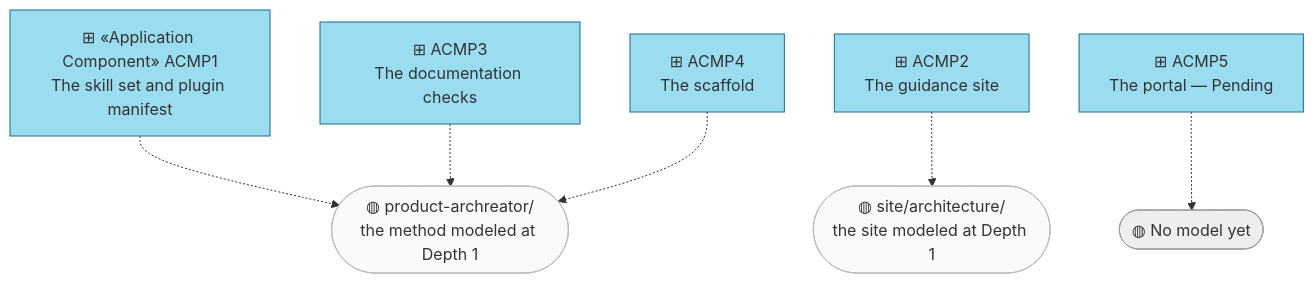
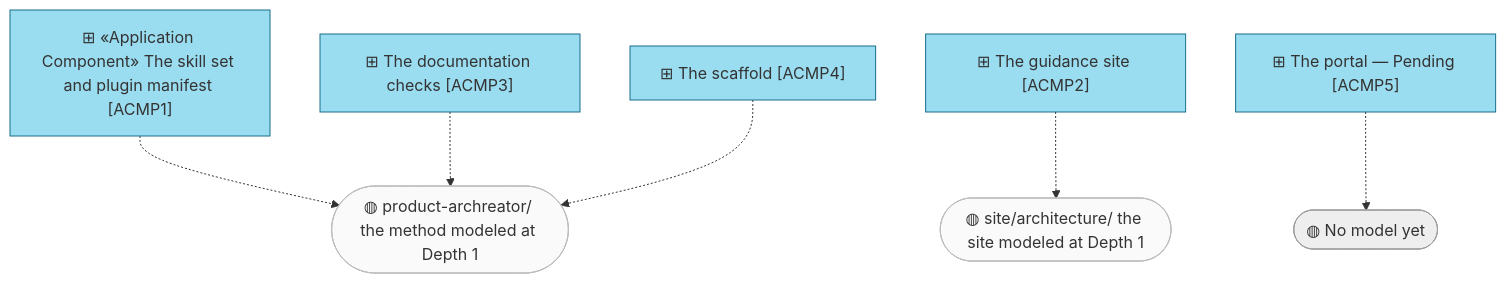
Before and after one commit to roanboc/architecture-archreator: the second of 2 diagrams in org-archreator/architecture/4_application/2_application-components.md, drawn with Mermaid. The commit also changed other lines of this file and 38 other files, not shown here.

````diff
--- a/org-archreator/architecture/4_application/2_application-components.md
+++ b/org-archreator/architecture/4_application/2_application-components.md
@@ -35,22 +35,22 @@
 ```mermaid
 flowchart TB
-  acmp1["⊞ «Application Component» ACMP1<br>The skill set and plugin manifest"]:::component
-  acmp2["⊞ ACMP2<br>The guidance site"]:::component
-  acmp3["⊞ ACMP3<br>The documentation checks"]:::component
-  acmp4["⊞ ACMP4<br>The scaffold"]:::component
-  acmp5["⊞ ACMP5<br>The portal — Pending"]:::component
+  acmp1["⊞ «Application Component» The skill set and plugin manifest [ACMP1]"]:::component
+  acmp2["⊞ The guidance site [ACMP2]"]:::component
+  acmp3["⊞ The documentation checks [ACMP3]"]:::component
+  acmp4["⊞ The scaffold [ACMP4]"]:::component
+  acmp5["⊞ The portal — Pending [ACMP5]"]:::component
 
-  meta(["◍ product-archreator/<br>the method modeled at Depth 1"]):::external
-  sitem(["◍ site/architecture/<br>the site modeled at Depth 1"]):::external
+  meta(["◍ product-archreator/ the method modeled at Depth 1"]):::external
+  sitem(["◍ site/architecture/ the site modeled at Depth 1"]):::external
   none(["◍ No model yet"]):::absent
 
   acmp1 -.-> meta
   acmp3 -.-> meta
   acmp4 -.-> meta
   acmp2 -.-> sitem
   acmp5 -.-> none
 
   classDef component fill:#9adcf0,stroke:#1a6f8c,color:#333
   classDef external fill:#fafafa,stroke:#bdbdbd,color:#333
   classDef absent fill:#eeeeee,stroke:#9e9e9e,color:#333
 ```
````
